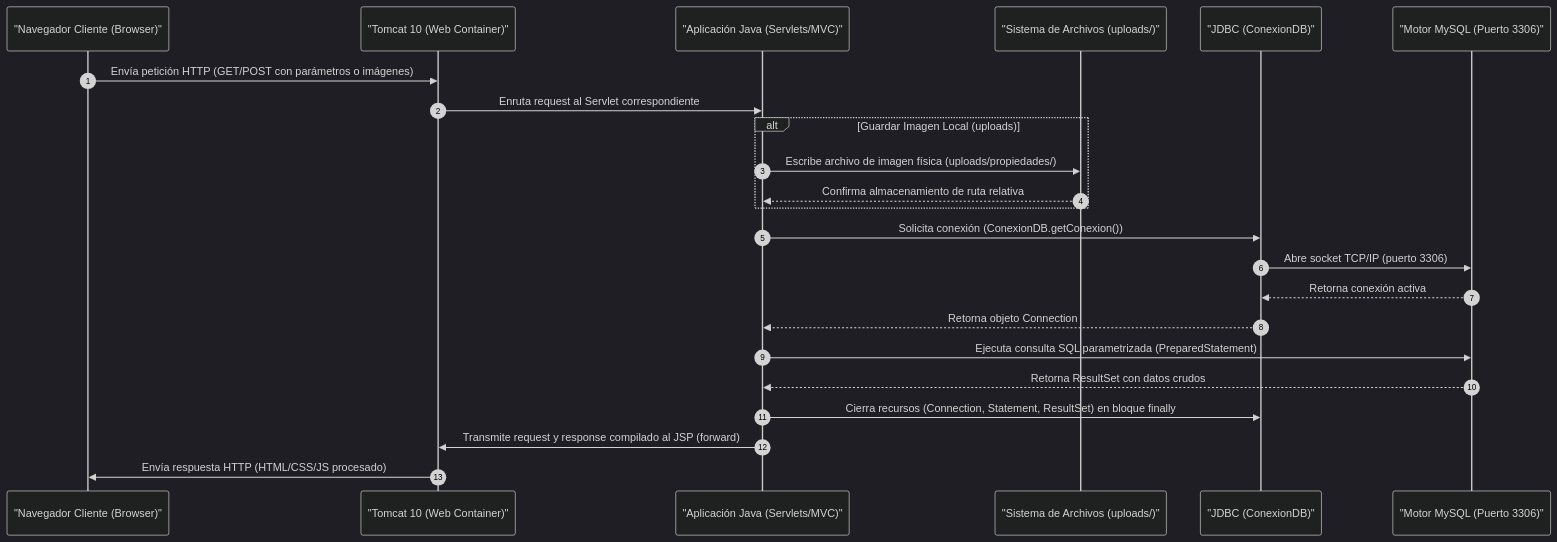
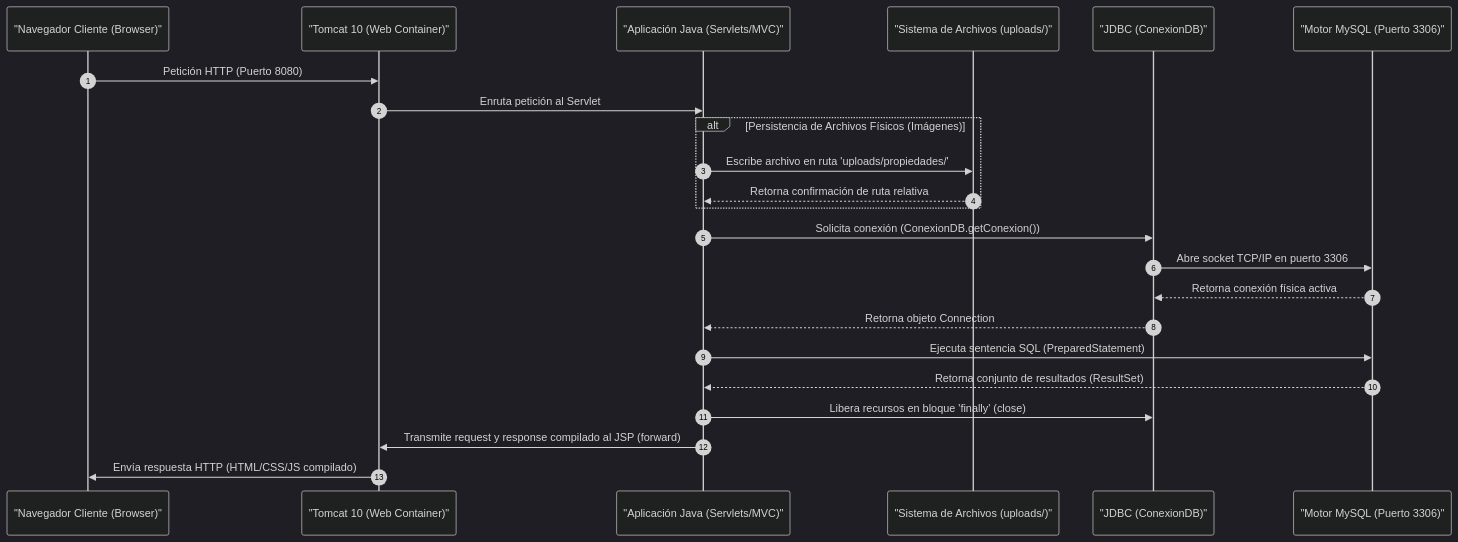
One commit to JeremiAlex04/Portal-Inmobiliario changed the third of 3 diagrams in README.md. Above: the diagram before and after it, drawn with Mermaid (dark theme). The commit also changed other lines of this file, not shown here.

Commit message:
Documentacion: Mejora de lenguaje academico y adicion de diagrama de infraestructura

````diff
--- a/README.md
+++ b/README.md
@@ -82,31 +96,31 @@
 ```mermaid
 sequenceDiagram
     autonumber
     participant Cliente as "Navegador Cliente (Browser)"
     participant Servidor as "Tomcat 10 (Web Container)"
     participant App as "Aplicación Java (Servlets/MVC)"
     participant Disco as "Sistema de Archivos (uploads/)"
     participant Conex as "JDBC (ConexionDB)"
     participant BD as "Motor MySQL (Puerto 3306)"
 
-    Cliente->>Servidor: Envía petición HTTP (GET/POST con parámetros o imágenes)
-    Servidor->>App: Enruta request al Servlet correspondiente
+    Cliente->>Servidor: Petición HTTP (Puerto 8080)
+    Servidor->>App: Enruta petición al Servlet
     
-    alt Guardar Imagen Local (uploads)
-        App->>Disco: Escribe archivo de imagen física (uploads/propiedades/)
-        Disco-->>App: Confirma almacenamiento de ruta relativa
+    alt Persistencia de Archivos Físicos (Imágenes)
+        App->>Disco: Escribe archivo en ruta 'uploads/propiedades/'
+        Disco-->>App: Retorna confirmación de ruta relativa
     end
     
     App->>Conex: Solicita conexión (ConexionDB.getConexion())
-    Conex->>BD: Abre socket TCP/IP (puerto 3306)
-    BD-->>Conex: Retorna conexión activa
+    Conex->>BD: Abre socket TCP/IP en puerto 3306
+    BD-->>Conex: Retorna conexión física activa
     Conex-->>App: Retorna objeto Connection
     
-    App->>BD: Ejecuta consulta SQL parametrizada (PreparedStatement)
-    BD-->>App: Retorna ResultSet con datos crudos
+    App->>BD: Ejecuta sentencia SQL (PreparedStatement)
+    BD-->>App: Retorna conjunto de resultados (ResultSet)
     
-    App->>Conex: Cierra recursos (Connection, Statement, ResultSet) en bloque finally
+    App->>Conex: Libera recursos en bloque 'finally' (close)
     
     App->>Servidor: Transmite request y response compilado al JSP (forward)
-    Servidor->>Cliente: Envía respuesta HTTP (HTML/CSS/JS procesado)
+    Servidor->>Cliente: Envía respuesta HTTP (HTML/CSS/JS compilado)
 ```
````
